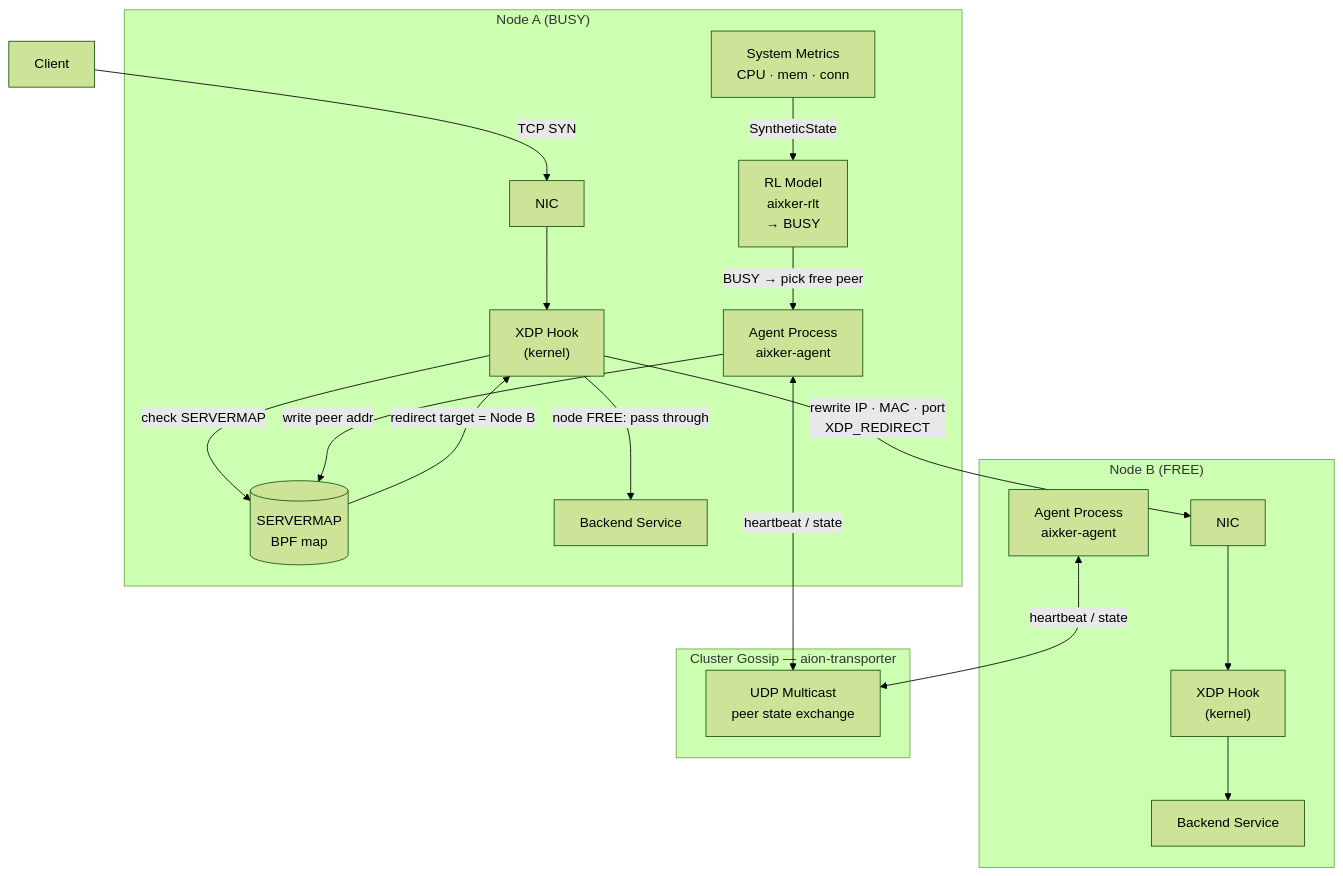
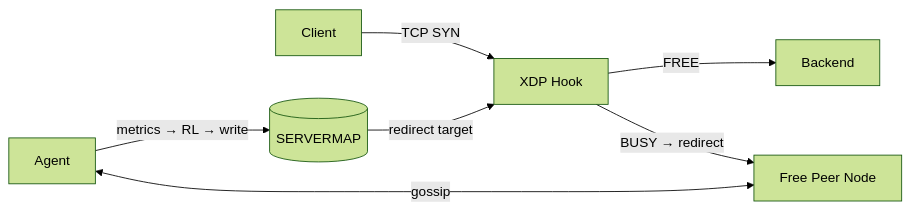
Before and after one commit to ali-heidari/AION-Agent: the diagram in README.md, drawn with Mermaid (forest theme). The commit also changed other lines of this file, not shown here.

Commit message:
Add diagram to the readme

````diff
--- a/README.md
+++ b/README.md
@@ -15,39 +33,16 @@
 ```mermaid
-flowchart TD
-    subgraph Node A ["Node A  (BUSY)"]
-        NIC_A["NIC"]
-        XDP_A["XDP Hook\n(kernel)"]
-        SM_A[("SERVERMAP\nBPF map")]
-        AGENT_A["Agent Process\naixker-agent"]
-        RL["RL Model\naixker-rlt\n→ BUSY"]
-        METRICS["System Metrics\nCPU · mem · conn"]
-        BACKEND_A["Backend Service"]
-    end
+flowchart LR
+    CLIENT["Client"]
+    XDP["XDP Hook"]
+    BACKEND["Backend"]
+    PEER["Free Peer Node"]
+    AGENT["Agent"]
+    MAP[("SERVERMAP")]
 
-    subgraph Node B ["Node B  (FREE)"]
-        NIC_B["NIC"]
-        XDP_B["XDP Hook\n(kernel)"]
-        BACKEND_B["Backend Service"]
-        AGENT_B["Agent Process\naixker-agent"]
-    end
-
-    subgraph Gossip ["Cluster Gossip  —  aion-transporter"]
-        UDP["UDP Multicast\npeer state exchange"]
-    end
-
-    CLIENT["Client"] -->|TCP SYN| NIC_A
-    NIC_A --> XDP_A
-    XDP_A -->|check SERVERMAP| SM_A
-    SM_A -->|redirect target = Node B| XDP_A
-    XDP_A -->|rewrite IP · MAC · port\nXDP_REDIRECT| NIC_B
-    NIC_B --> XDP_B --> BACKEND_B
-
-    METRICS -->|SyntheticState| RL
-    RL -->|BUSY → pick free peer| AGENT_A
-    AGENT_A -->|write peer addr| SM_A
-
-    AGENT_A <-->|heartbeat / state| UDP
-    AGENT_B <-->|heartbeat / state| UDP
-
-    XDP_A -->|node FREE: pass through| BACKEND_A
+    CLIENT -->|TCP SYN| XDP
+    XDP -->|FREE| BACKEND
+    XDP -->|BUSY → redirect| PEER
+    AGENT -->|metrics → RL → write| MAP
+    MAP -->|redirect target| XDP
+    AGENT <-->|gossip| PEER
 ```
````
